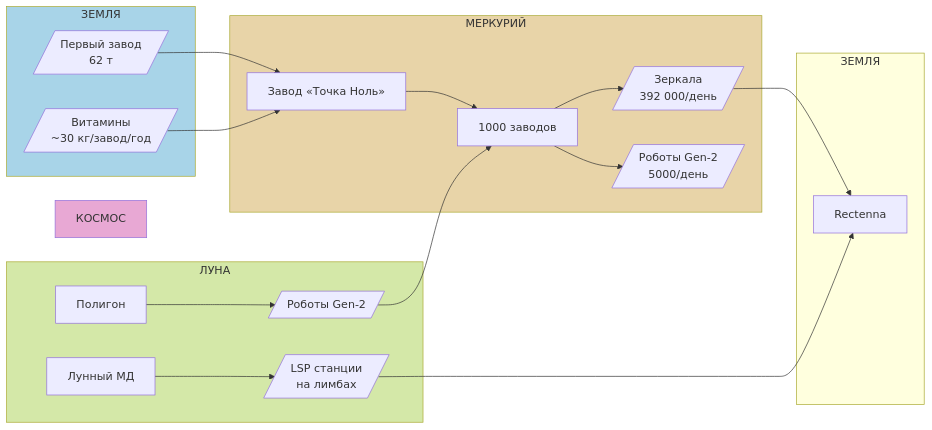
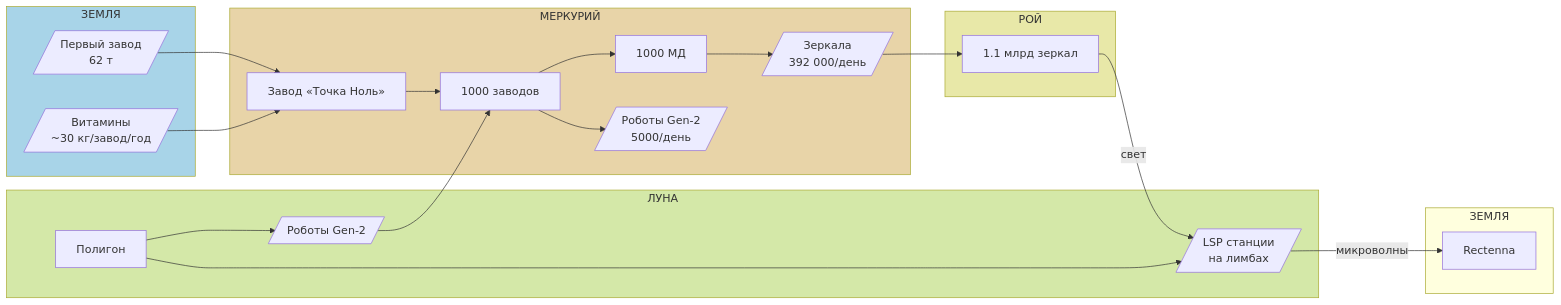
The first of 4 diagrams in ru/science/production.qmd (DmitryNasikanov/infinite-energy), drawn with Mermaid before and after one commit.

Commit message:
Science: исправлена диаграмма производства
- Добавлен "1000 МД" в блок Меркурий
- Добавлен блок "Рой" (1.1 млрд зеркал)
- Исправлен поток: МД → Зеркала → Рой → LSP → Rectenna
- Убран тестовый лунный МД из основной диаграммы

🤖 Generated with [Claude Code](https://claude.com/claude-code)

````diff
--- a/ru/science/production.qmd
+++ b/ru/science/production.qmd
@@ -20,41 +20,47 @@
 ```{mermaid}
 flowchart LR
     subgraph ЗЕМЛЯ["ЗЕМЛЯ"]
         E1[/"Первый завод<br/>62 т"/]
         E2[/"Витамины<br/>~30 кг/завод/год"/]
     end
 
     subgraph МЕРКУРИЙ["МЕРКУРИЙ"]
         M1["Завод «Точка Ноль»"]
         M2["1000 заводов"]
+        M2a["1000 МД"]
         M3[/"Зеркала<br/>392 000/день"/]
         M4[/"Роботы Gen-2<br/>5000/день"/]
     end
 
     subgraph ЛУНА["ЛУНА"]
         L1["Полигон"]
-        L2["Лунный МД"]
         L3[/"Роботы Gen-2"/]
         L4[/"LSP станции<br/>на лимбах"/]
+    end
+
+    subgraph РОЙ["РОЙ"]
+        R1["1.1 млрд зеркал"]
     end
 
     subgraph ЗЕМЛЯ2["ЗЕМЛЯ"]
         H1["Rectenna"]
     end
 
     E1 --> M1
     E2 --> M1
     M1 --> M2
-    M2 --> M3
+    M2 --> M2a
     M2 --> M4
-    M3 --> H1
+    M2a --> M3
+    M3 --> R1
+    R1 -->|свет| L4
     L1 --> L3
+    L1 --> L4
     L3 --> M2
-    L2 --> L4
-    L4 --> H1
+    L4 -->|микроволны| H1
 
     style ЗЕМЛЯ fill:#a8d4e8
     style МЕРКУРИЙ fill:#e8d4a8
     style ЛУНА fill:#d4e8a8
-    style КОСМОС fill:#e8a8d4
+    style РОЙ fill:#e8e8a8
 ```
````
